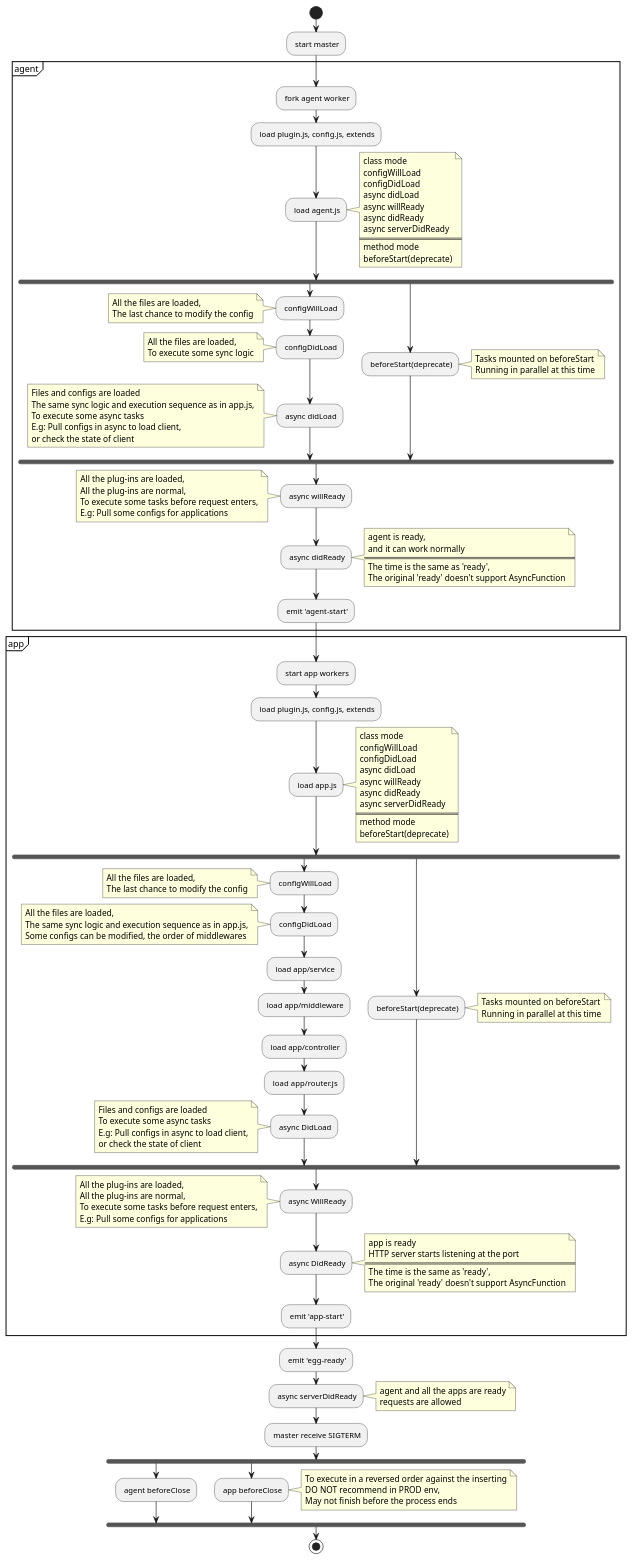
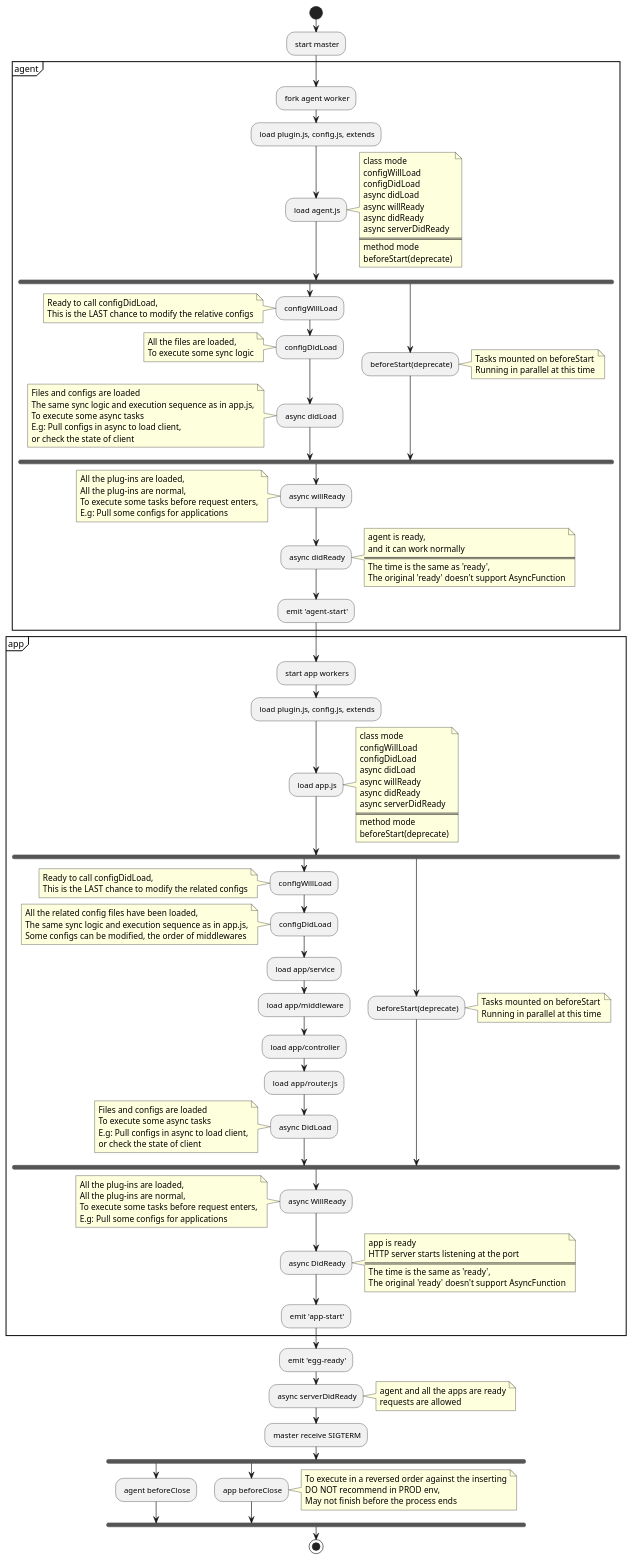
One commit to eggjs/egg changed the diagram in docs/assets/lifecycle_en.puml. Above: the diagram before and after it, drawn with PlantUML. The commit also changed 3 other files, not shown here.

First line of the commit message:
doc: Update the `configWillLoad` explainations (#3116)

```diff
--- a/docs/assets/lifecycle_en.puml
+++ b/docs/assets/lifecycle_en.puml
@@ -1,144 +1,144 @@
 @startuml
 start
 : start master;
 partition agent {
   : fork agent worker;
   : load plugin.js, config.js, extends;
   : load agent.js;
   note right
     class mode
     configWillLoad
     configDidLoad
     async didLoad
     async willReady
     async didReady
     async serverDidReady
     ====
     method mode
     beforeStart(deprecate)
   end note
   fork
   : configWillLoad;
   note left
-    All the files are loaded,
-    The last chance to modify the config
+    Ready to call configDidLoad,
+    This is the LAST chance to modify the relative configs
   end note
   : configDidLoad;
   note left
     All the files are loaded,
     To execute some sync logic
   end note
   : async didLoad;
   note left
     Files and configs are loaded
     The same sync logic and execution sequence as in app.js,
     To execute some async tasks
     E.g: Pull configs in async to load client,
     or check the state of client
   end note
   fork again
     : beforeStart(deprecate);
     note right
       Tasks mounted on beforeStart
       Running in parallel at this time
     end note
   endfork
   : async willReady;
   note left
     All the plug-ins are loaded,
     All the plug-ins are normal,
     To execute some tasks before request enters,
     E.g: Pull some configs for applications
   end note
   : async didReady;
   note right
     agent is ready,
     and it can work normally
     ====
     The time is the same as 'ready',
     The original 'ready' doesn't support AsyncFunction
   end note
   : emit 'agent-start';
 }
 partition app {
   : start app workers;
   : load plugin.js, config.js, extends;
   : load app.js;
   note right
     class mode
     configWillLoad
     configDidLoad
     async didLoad
     async willReady
     async didReady
     async serverDidReady
     ====
     method mode
     beforeStart(deprecate)
   end note
   fork
     : configWillLoad;
     note left
-      All the files are loaded,
-      The last chance to modify the config
+    Ready to call configDidLoad,
+    This is the LAST chance to modify the related configs
     end note
     : configDidLoad;
     note left
-      All the files are loaded,
+      All the related config files have been loaded,
       The same sync logic and execution sequence as in app.js,
       Some configs can be modified, the order of middlewares
     end note
     : load app/service;
     : load app/middleware;
     : load app/controller;
     : load app/router.js;
     : async DidLoad;
   note left
     Files and configs are loaded
     To execute some async tasks
     E.g: Pull configs in async to load client,
     or check the state of client
   end note
   fork again
     : beforeStart(deprecate);
     note right
       Tasks mounted on beforeStart
       Running in parallel at this time
     end note
   end fork
     : async WillReady;
   note left
     All the plug-ins are loaded,
     All the plug-ins are normal,
     To execute some tasks before request enters,
     E.g: Pull some configs for applications
   end note
   : async DidReady;
   note right
     app is ready
     HTTP server starts listening at the port
     ====
     The time is the same as 'ready',
     The original 'ready' doesn't support AsyncFunction
   end note
   : emit 'app-start';
 }
 : emit 'egg-ready';
 : async serverDidReady;
 note right
   agent and all the apps are ready
   requests are allowed
 end note
 : master receive SIGTERM;
 fork
 : agent beforeClose;
 fork again
 : app beforeClose;
 note right
   To execute in a reversed order against the inserting
   DO NOT recommend in PROD env,
   May not finish before the process ends
 end note
 endfork
 stop
 @enduml
```
